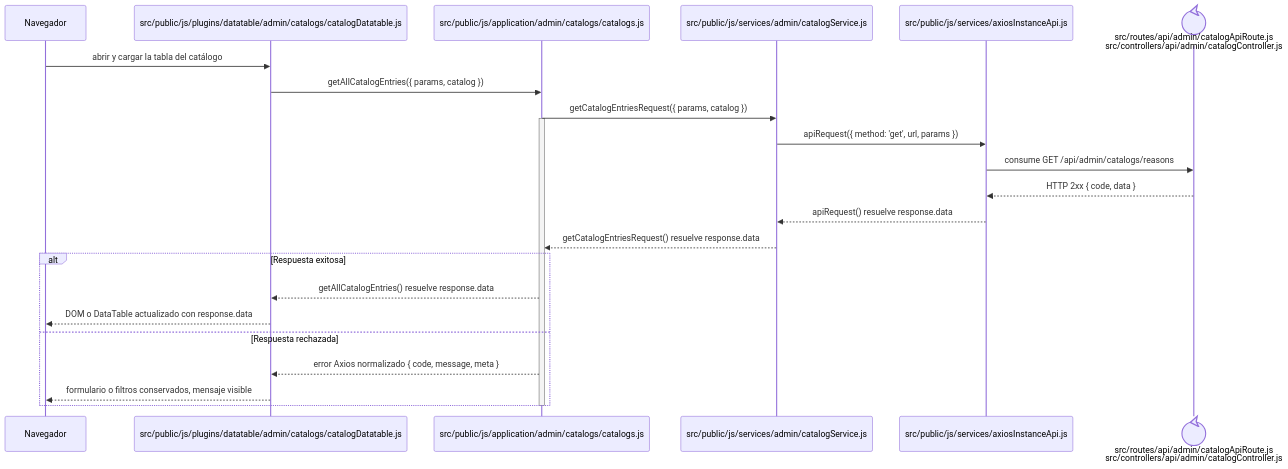
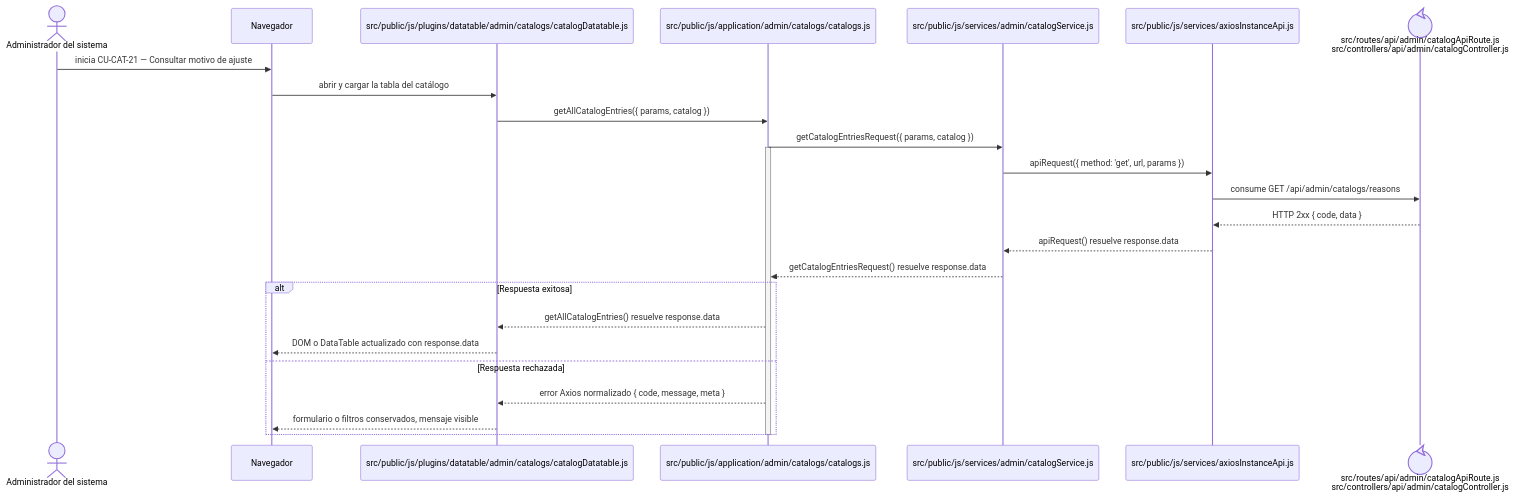
Before and after one commit to gpgsistemas01/nexus: the diagram in docs/architecture/frontend-code-sequences/catalogs/cu-cat-21.md, drawn with Mermaid. The commit also changed 105 other files, not shown here.

````diff
--- a/docs/architecture/frontend-code-sequences/catalogs/cu-cat-21.md
+++ b/docs/architecture/frontend-code-sequences/catalogs/cu-cat-21.md
@@ -6,27 +6,29 @@
 ```mermaid
 sequenceDiagram
+    actor Initiator as Administrador del sistema
     participant Browser as Navegador
     participant View as src/public/js/plugins/datatable/admin/catalogs/catalogDatatable.js
     participant Application as src/public/js/application/admin/catalogs/catalogs.js
     participant Request as src/public/js/services/admin/catalogService.js
     participant HTTP as src/public/js/services/axiosInstanceApi.js
     participant Transport@{ "type": "control" } as src/routes/api/admin/catalogApiRoute.js<br/>src/controllers/api/admin/catalogController.js
 
+    Initiator->>Browser: inicia CU-CAT-21 — Consultar motivo de ajuste
     Browser->>View: abrir y cargar la tabla del catálogo
     View->>Application: getAllCatalogEntries({ params, catalog })
     Application->>Request: getCatalogEntriesRequest({ params, catalog })
     activate Application
     Request->>HTTP: apiRequest({ method: 'get', url, params })
     HTTP->>Transport: consume GET /api/admin/catalogs/reasons
     Transport-->>HTTP: HTTP 2xx { code, data }
     HTTP-->>Request: apiRequest() resuelve response.data
     Request-->>Application: getCatalogEntriesRequest() resuelve response.data
     alt Respuesta exitosa
         Application-->>View: getAllCatalogEntries() resuelve response.data
         View-->>Browser: DOM o DataTable actualizado con response.data
     else Respuesta rechazada
         Application-->>View: error Axios normalizado { code, message, meta }
         View-->>Browser: formulario o filtros conservados, mensaje visible
     end
     deactivate Application
 ```
````
